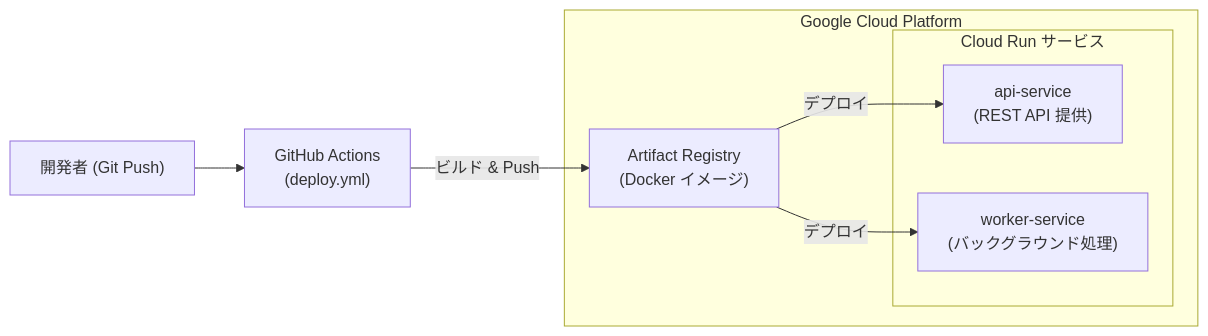
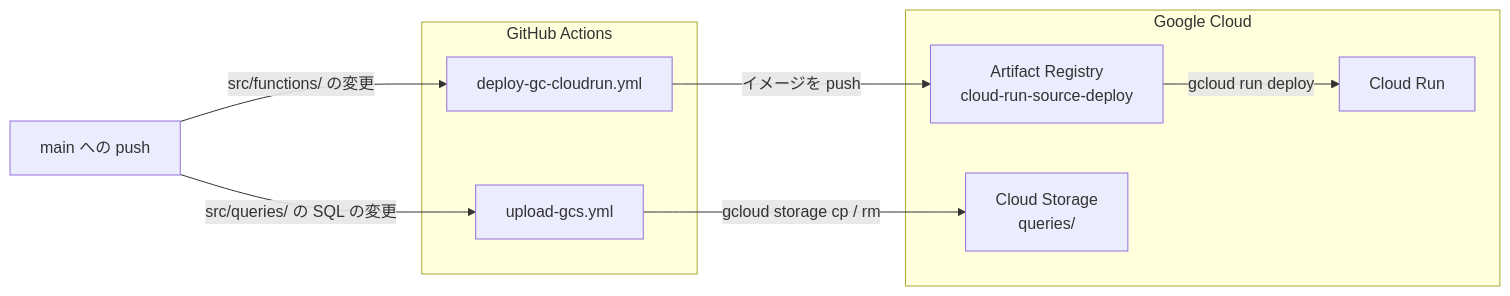
The diagram in README.md (shin4488/google-cloud-practice), drawn with Mermaid before and after one commit. The commit also changed other lines of this file and 2 other files, not shown here.

First line of the commit message:
docs: describe the current layout and deploy flow in the READMEs

````diff
--- a/README.md
+++ b/README.md
@@ -10,14 +18,18 @@
 ```mermaid
 flowchart LR
-    Dev["開発者 (Git Push)"] --> GHA["GitHub Actions<br>(deploy.yml)"]
-    subgraph GCP["Google Cloud Platform"]
-        AR["Artifact Registry<br>(Docker イメージ)"]
-        subgraph CloudRun["Cloud Run サービス"]
-            API["api-service<br>(REST API 提供)"]
-            Worker["worker-service<br>(バックグラウンド処理)"]
-        end
+    Push["main への push"]
+    subgraph GHA["GitHub Actions"]
+        Deploy["deploy-gc-cloudrun.yml"]
+        Upload["upload-gcs.yml"]
     end
-    GHA -->|"ビルド & Push"| AR
-    AR -->|"デプロイ"| API
-    AR -->|"デプロイ"| Worker
+    subgraph GC["Google Cloud"]
+        AR["Artifact Registry<br>cloud-run-source-deploy"]
+        Run["Cloud Run"]
+        GCS["Cloud Storage<br>queries/"]
+    end
+    Push -->|"src/functions/ の変更"| Deploy
+    Push -->|"src/queries/ の SQL の変更"| Upload
+    Deploy -->|"イメージを push"| AR
+    AR -->|"gcloud run deploy"| Run
+    Upload -->|"gcloud storage cp / rm"| GCS
 ```
````
